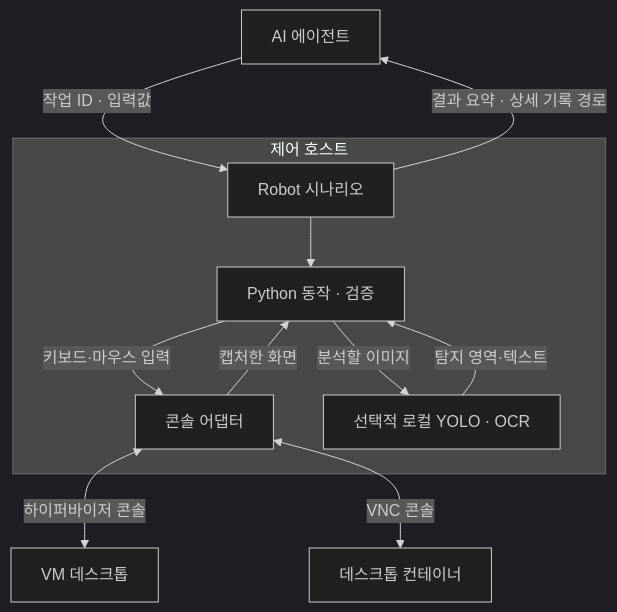
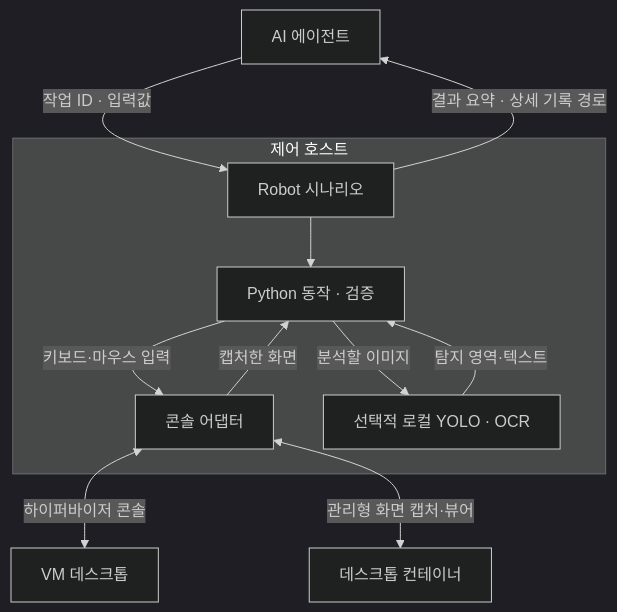
Before and after one commit to wayfarer6/vamp-mcp: the diagram in docs/MCP_ARCHITECTURE.md, drawn with Mermaid (dark theme). The commit also changed 3 other files, not shown here.

````diff
--- a/docs/MCP_ARCHITECTURE.md
+++ b/docs/MCP_ARCHITECTURE.md
@@ -9,21 +9,21 @@
 ```mermaid
 flowchart TB
     A["AI 에이전트"]
     subgraph Host ["제어 호스트"]
         R["Robot 시나리오"]
         P["Python 동작 · 검증"]
         B["콘솔 어댑터"]
         O["선택적 로컬 YOLO · OCR"]
         R --> P
         P -->|키보드·마우스 입력| B
         B -->|캡처한 화면| P
         P -->|분석할 이미지| O
         O -->|탐지 영역·텍스트| P
     end
     V["VM 데스크톱"]
     C["데스크톱 컨테이너"]
     A -->|작업 ID · 입력값| R
     R -->|결과 요약 · 상세 기록 경로| A
     B <-->|하이퍼바이저 콘솔| V
-    B <-->|VNC 콘솔| C
+    B <-->|관리형 화면 캡처·뷰어| C
 ```
````
